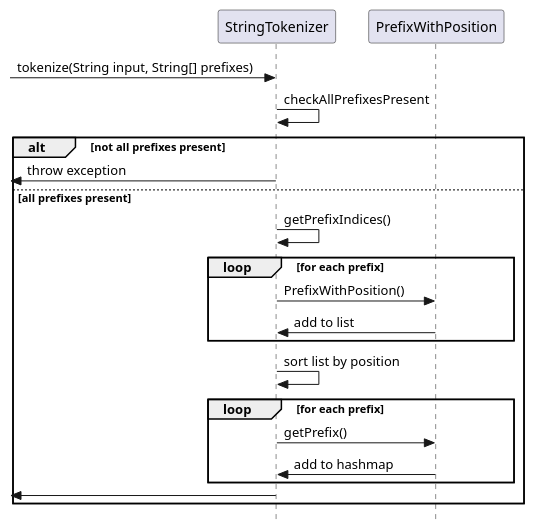
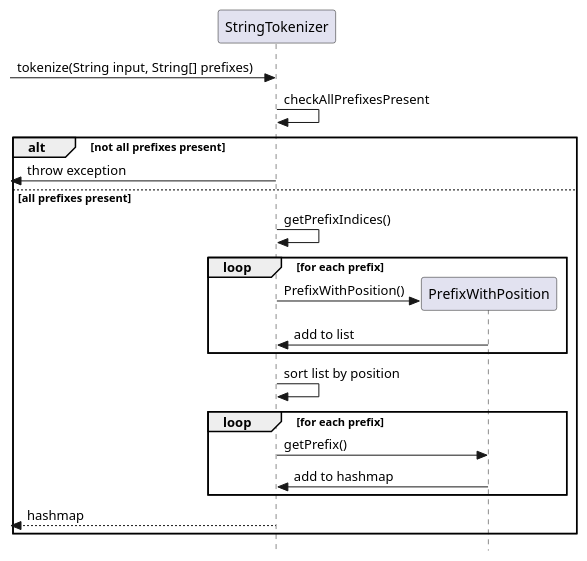
One commit to nus-cs2113-AY2324S1/tp changed the diagram in docs/uml/stringTokenizer.puml. Above: the diagram before and after it, drawn with PlantUML.

Commit message:
Update plantUML diagram for stringTokenizer

```diff
--- a/docs/uml/stringTokenizer.puml
+++ b/docs/uml/stringTokenizer.puml
@@ -1,29 +1,30 @@
 @startuml
 
 skinparam Style strictuml
 
 [-> StringTokenizer: tokenize(String input, String[] prefixes)
 
 StringTokenizer -> StringTokenizer: checkAllPrefixesPresent
 
 alt not all prefixes present
     [<- StringTokenizer: throw exception
 else all prefixes present
 
     StringTokenizer -> StringTokenizer: getPrefixIndices()
         loop for each prefix
+            create PrefixWithPosition
             StringTokenizer -> PrefixWithPosition: PrefixWithPosition()
             StringTokenizer <- PrefixWithPosition: add to list
         end
 
     StringTokenizer -> StringTokenizer: sort list by position
 
         loop for each prefix
             StringTokenizer -> PrefixWithPosition: getPrefix()
             StringTokenizer <- PrefixWithPosition: add to hashmap
         end
 
-    [<- StringTokenizer:
+    [<-- StringTokenizer: hashmap
 end
 
 @enduml
```
